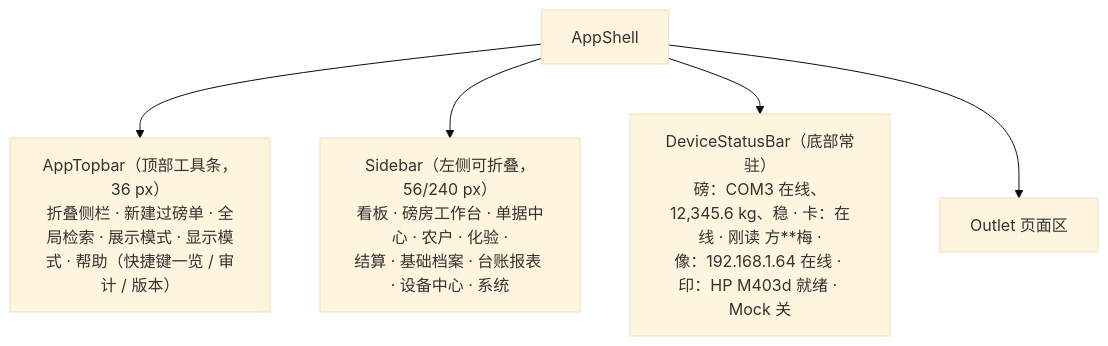
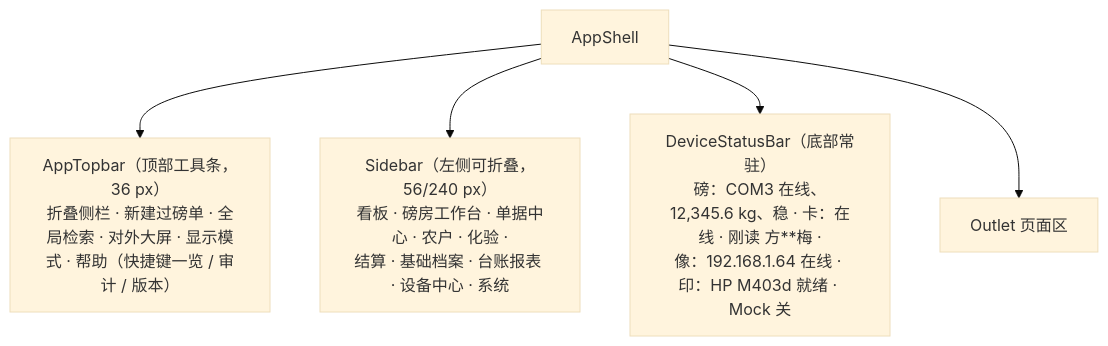
One commit to datawalkcloud/BangHe changed the diagram in docs/design/05-UI结构与交互规范.md. Above: the diagram before and after it, drawn with Mermaid (base theme). The commit also changed other lines of this file and 127 other files, not shown here.

````diff
--- a/docs/design/05-UI结构与交互规范.md
+++ b/docs/design/05-UI结构与交互规范.md
@@ -22,7 +22,7 @@
 ```mermaid
 flowchart TD
-    A["AppShell"] --> B["AppTopbar（顶部工具条，36 px）<br/>折叠侧栏 · 新建过磅单 · 全局检索 · 展示模式 · 显示模式 · 帮助（快捷键一览 / 审计 / 版本）"]
+    A["AppShell"] --> B["AppTopbar（顶部工具条，36 px）<br/>折叠侧栏 · 新建过磅单 · 全局检索 · 对外大屏 · 显示模式 · 帮助（快捷键一览 / 审计 / 版本）"]
     A --> C["Sidebar（左侧可折叠，56/240 px）<br/>看板 · 磅房工作台 · 单据中心 · 农户 · 化验 ·<br/>结算 · 基础档案 · 台账报表 · 设备中心 · 系统"]
     A --> D["DeviceStatusBar（底部常驻）<br/>磅：COM3 在线、12,345.6 kg、稳 · 卡：在线 · 刚读 方**梅 ·<br/>像：192.168.1.64 在线 · 印：HP M403d 就绪 · Mock 关"]
     A --> E["Outlet 页面区"]
 ```
````
